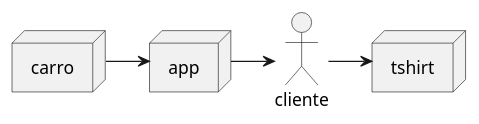
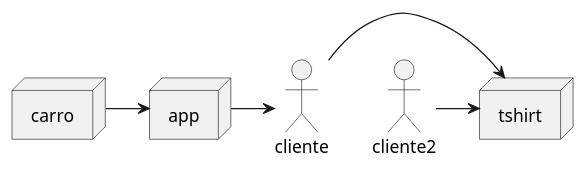
Before and after one commit to dionatamsouza/dionatamsouza.github.io: the diagram in docs/plantuml/diagrama.puml, drawn with PlantUML.

```diff
--- a/docs/plantuml/diagrama.puml
+++ b/docs/plantuml/diagrama.puml
@@ -1,10 +1,12 @@
 @startuml
 actor cliente
+actor cliente2
 node app
 node carro
 node tshirt
 
 carro -> app
 app -> cliente
 cliente -> tshirt
+cliente2 -> tshirt
 @enduml
```
